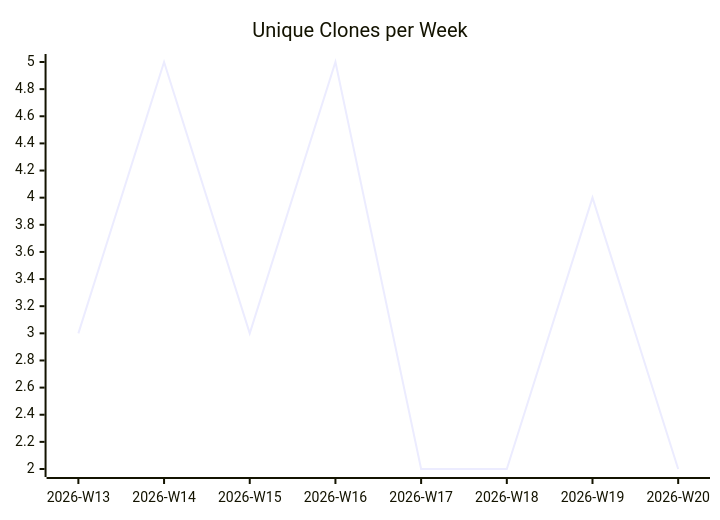
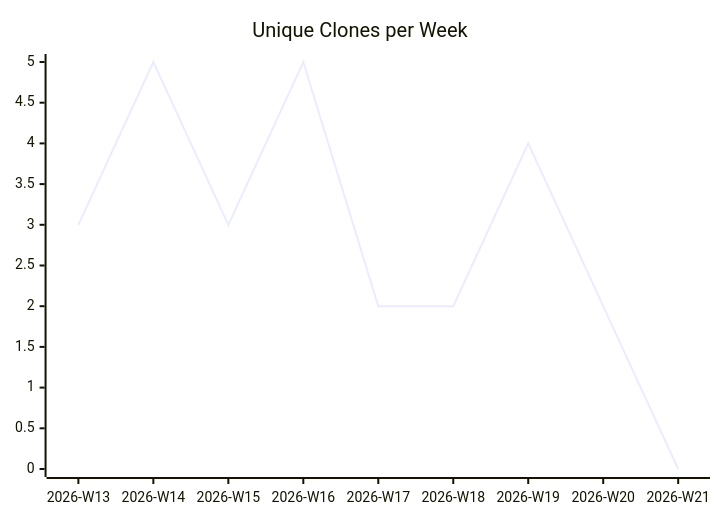
One commit to justdavis-family/github-analytics-data changed the third of 3 diagrams in karlmdavis/ansible-role-bind-dns/README.md. Above: the diagram before and after it, drawn with Mermaid. The commit also changed other lines of this file and 189 other files, not shown here.

````diff
--- a/karlmdavis/ansible-role-bind-dns/README.md
+++ b/karlmdavis/ansible-role-bind-dns/README.md
@@ -19,6 +19,6 @@
 ```mermaid
 xychart-beta
   title "Unique Clones per Week"
-  x-axis ["2026-W13", "2026-W14", "2026-W15", "2026-W16", "2026-W17", "2026-W18", "2026-W19", "2026-W20"]
-  line [3, 5, 3, 5, 2, 2, 4, 2]
+  x-axis ["2026-W13", "2026-W14", "2026-W15", "2026-W16", "2026-W17", "2026-W18", "2026-W19", "2026-W20", "2026-W21"]
+  line [3, 5, 3, 5, 2, 2, 4, 2, 0]
 ```
````
